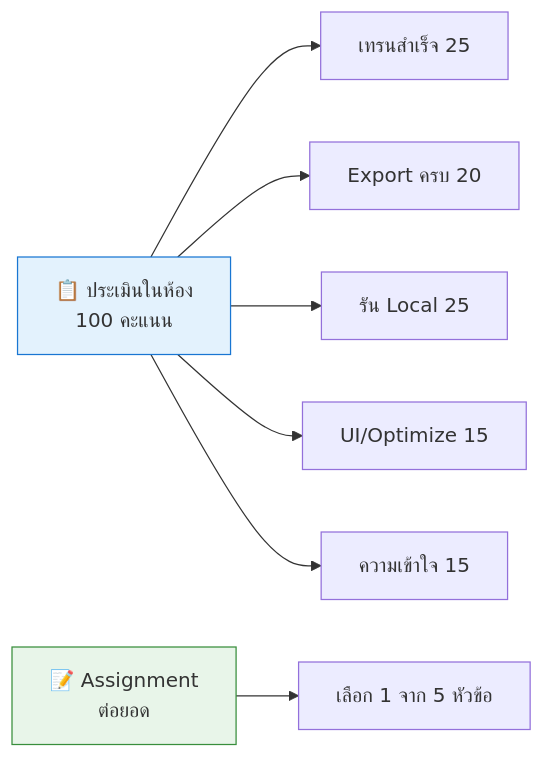
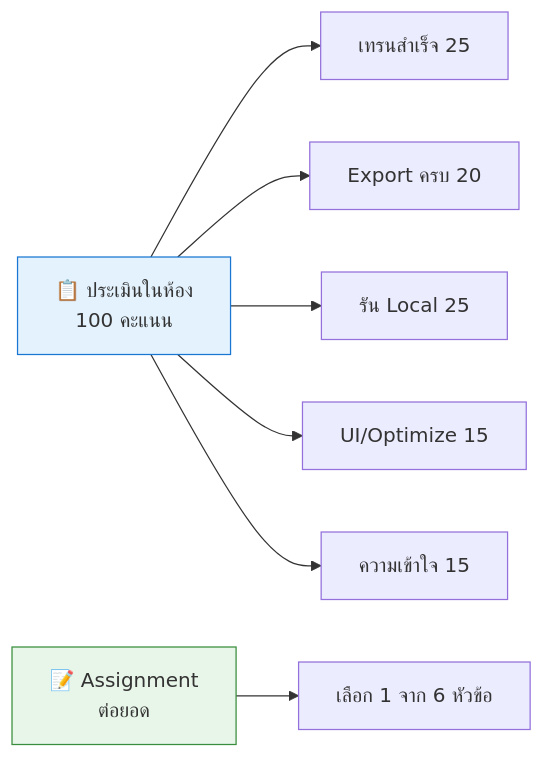
The first of 3 diagrams in docs/09-assessment.md (chaisit/guppyllm-workshop), drawn with Mermaid before and after one commit. The commit also changed other lines of this file, not shown here.

````diff
--- a/docs/09-assessment.md
+++ b/docs/09-assessment.md
@@ -9,13 +9,13 @@
 ```mermaid
 flowchart LR
     A["📋 ประเมินในห้อง<br/>100 คะแนน"] --> A1["เทรนสำเร็จ 25"]
     A --> A2["Export ครบ 20"]
     A --> A3["รัน Local 25"]
     A --> A4["UI/Optimize 15"]
     A --> A5["ความเข้าใจ 15"]
 
-    B["📝 Assignment<br/>ต่อยอด"] --> B1["เลือก 1 จาก 5 หัวข้อ"]
+    B["📝 Assignment<br/>ต่อยอด"] --> B1["เลือก 1 จาก 6 หัวข้อ"]
 
     style A fill:#e3f2fd,stroke:#1976d2
     style B fill:#e8f5e9,stroke:#388e3c
 ```
````
